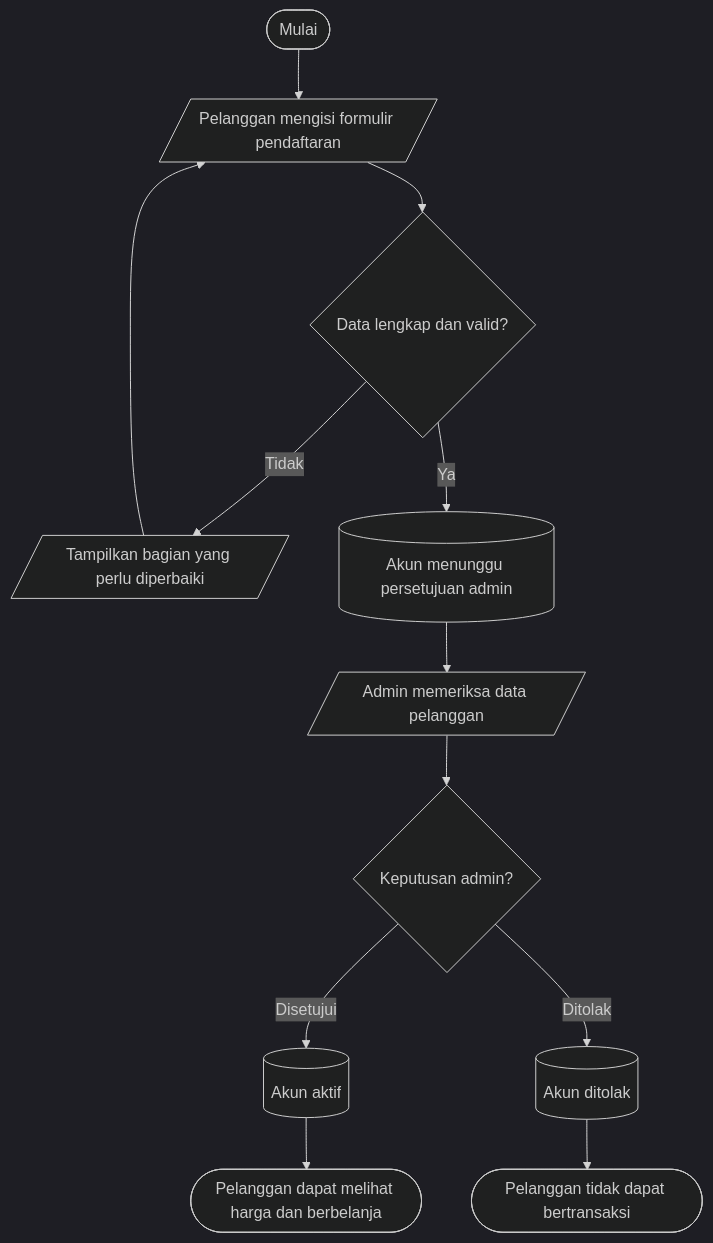
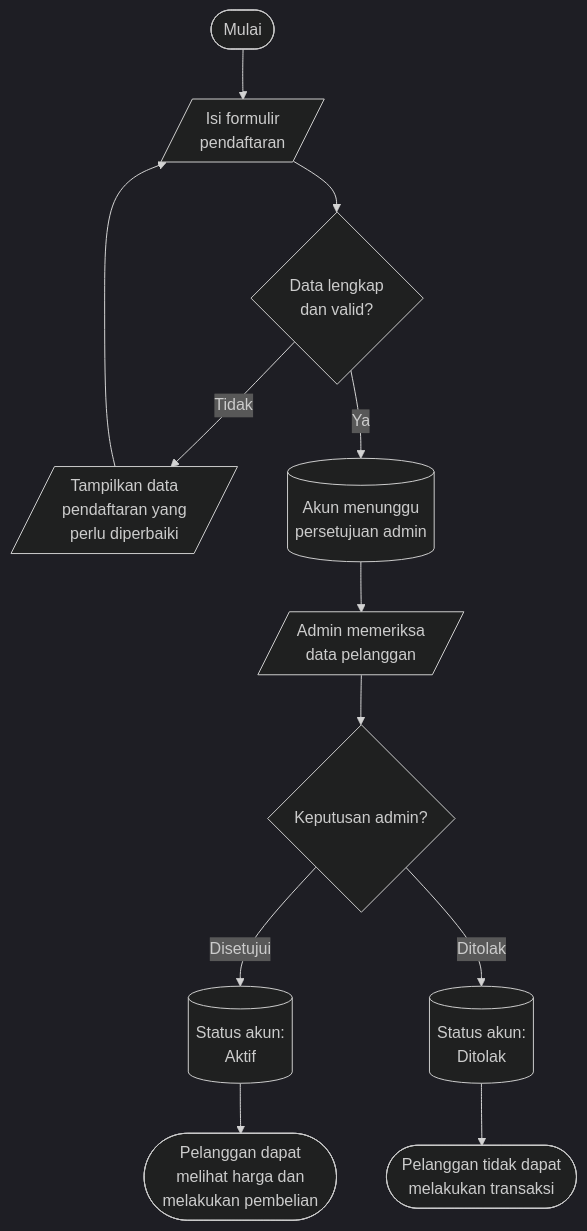
One commit to Webekspres/pixel-komunika changed the first of 5 diagrams in docs/client/DOKUMEN_REVIEW_DAN_PERSETUJUAN_KLIEN.md. Above: the diagram before and after it, drawn with Mermaid (dark theme). The commit also changed other lines of this file, not shown here.

Commit message:
docs: prevent clipped labels in client diagrams

````diff
--- a/docs/client/DOKUMEN_REVIEW_DAN_PERSETUJUAN_KLIEN.md
+++ b/docs/client/DOKUMEN_REVIEW_DAN_PERSETUJUAN_KLIEN.md
@@ -119,14 +119,14 @@
 ```mermaid
 flowchart TD
-    A(["Mulai"]) --> B[/"Pelanggan mengisi formulir pendaftaran"/]
-    B --> C{"Data lengkap dan valid?"}
-    C -->|Tidak| D[/"Tampilkan bagian yang perlu diperbaiki"/]
+    A(["Mulai"]) --> B[/"Isi formulir<br/>pendaftaran"/]
+    B --> C{"Data lengkap<br/>dan valid?"}
+    C -->|Tidak| D[/"Tampilkan data<br/>pendaftaran yang<br/>perlu diperbaiki"/]
     D --> B
-    C -->|Ya| E[("Akun menunggu persetujuan admin")]
-    E --> F[/"Admin memeriksa data pelanggan"/]
+    C -->|Ya| E[("Akun menunggu<br/>persetujuan admin")]
+    E --> F[/"Admin memeriksa<br/>data pelanggan"/]
     F --> G{"Keputusan admin?"}
-    G -->|Disetujui| H[("Akun aktif")]
-    G -->|Ditolak| I[("Akun ditolak")]
-    H --> J(["Pelanggan dapat melihat harga dan berbelanja"])
-    I --> K(["Pelanggan tidak dapat bertransaksi"])
+    G -->|Disetujui| H[("Status akun:<br/>Aktif")]
+    G -->|Ditolak| I[("Status akun:<br/>Ditolak")]
+    H --> J(["Pelanggan dapat<br/>melihat harga dan<br/>melakukan pembelian"])
+    I --> K(["Pelanggan tidak dapat<br/>melakukan transaksi"])
 ```
````
